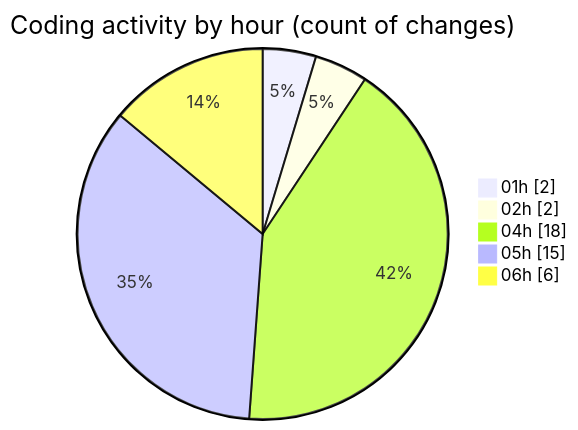
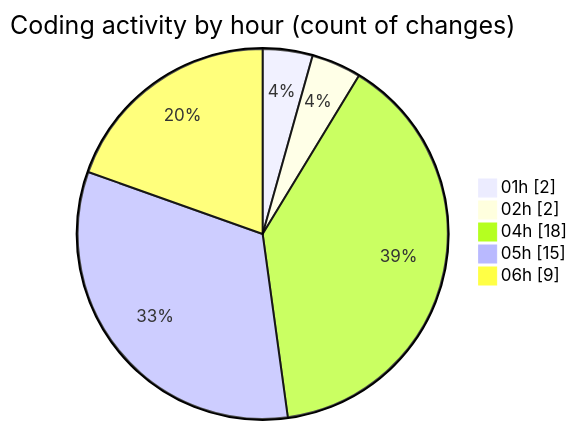
One commit to tmsrecording-cyber/code-tracking changed the second of 2 diagrams in 2026-02-05/singularitybrainai/README.md. Above: the diagram before and after it, drawn with Mermaid. The commit also changed other lines of this file and 1 other file, not shown here.

````diff
--- a/2026-02-05/singularitybrainai/README.md
+++ b/2026-02-05/singularitybrainai/README.md
@@ -33,9 +33,9 @@
 ```mermaid
 pie showData
 title Coding activity by hour (count of changes)
 "01h" : 2
 "02h" : 2
 "04h" : 18
 "05h" : 15
-"06h" : 6
+"06h" : 9
 ```
````
